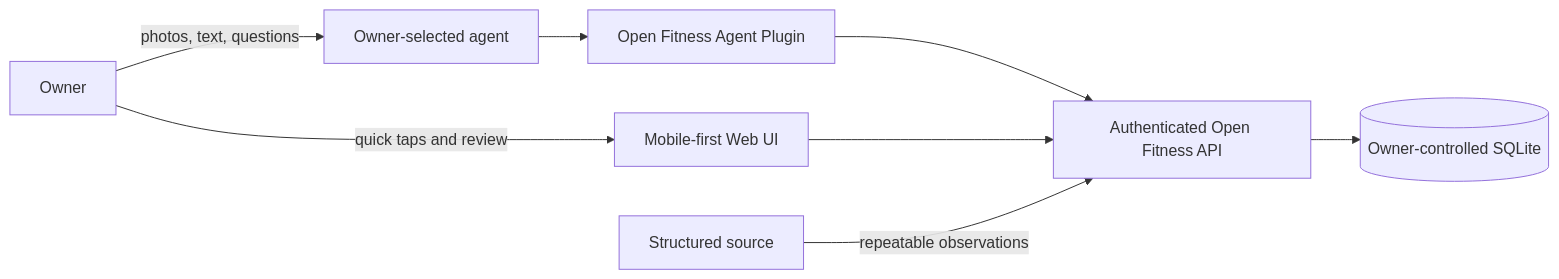
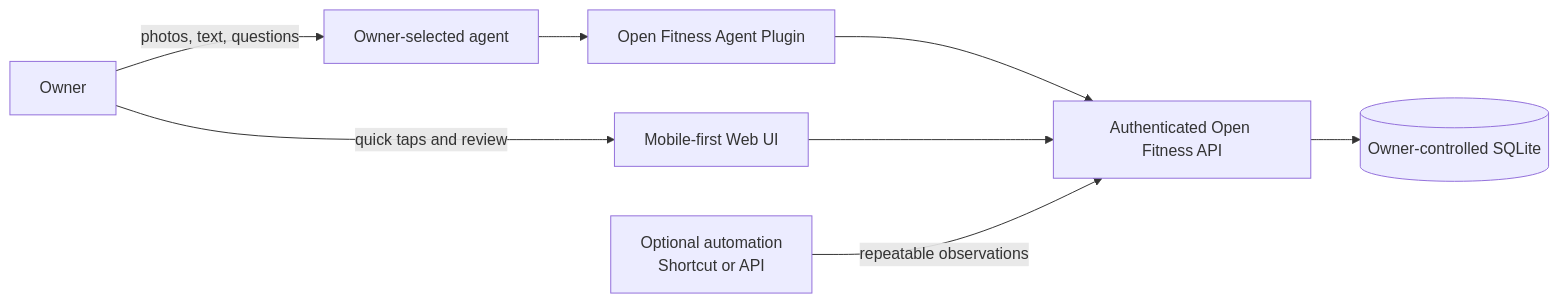
One commit to EddieTYP/open-fitness changed the first of 3 diagrams in docs/WORKFLOWS.md. Above: the diagram before and after it, drawn with Mermaid. The commit also changed other lines of this file and 4 other files, not shown here.

Commit message:
Clarify optional automation scope

````diff
--- a/docs/WORKFLOWS.md
+++ b/docs/WORKFLOWS.md
@@ -9,18 +9,18 @@
 ```mermaid
 flowchart LR
   owner[Owner]
   agent[Owner-selected agent]
   plugin[Open Fitness Agent Plugin]
   web[Mobile-first Web UI]
-  source[Structured source]
+  source[Optional automation<br/>Shortcut or API]
   api[Authenticated Open Fitness API]
   db[(Owner-controlled SQLite)]
 
   owner -->|photos, text, questions| agent
   agent --> plugin
   plugin --> api
   owner -->|quick taps and review| web
   web --> api
   source -->|repeatable observations| api
   api --> db
 ```
````
